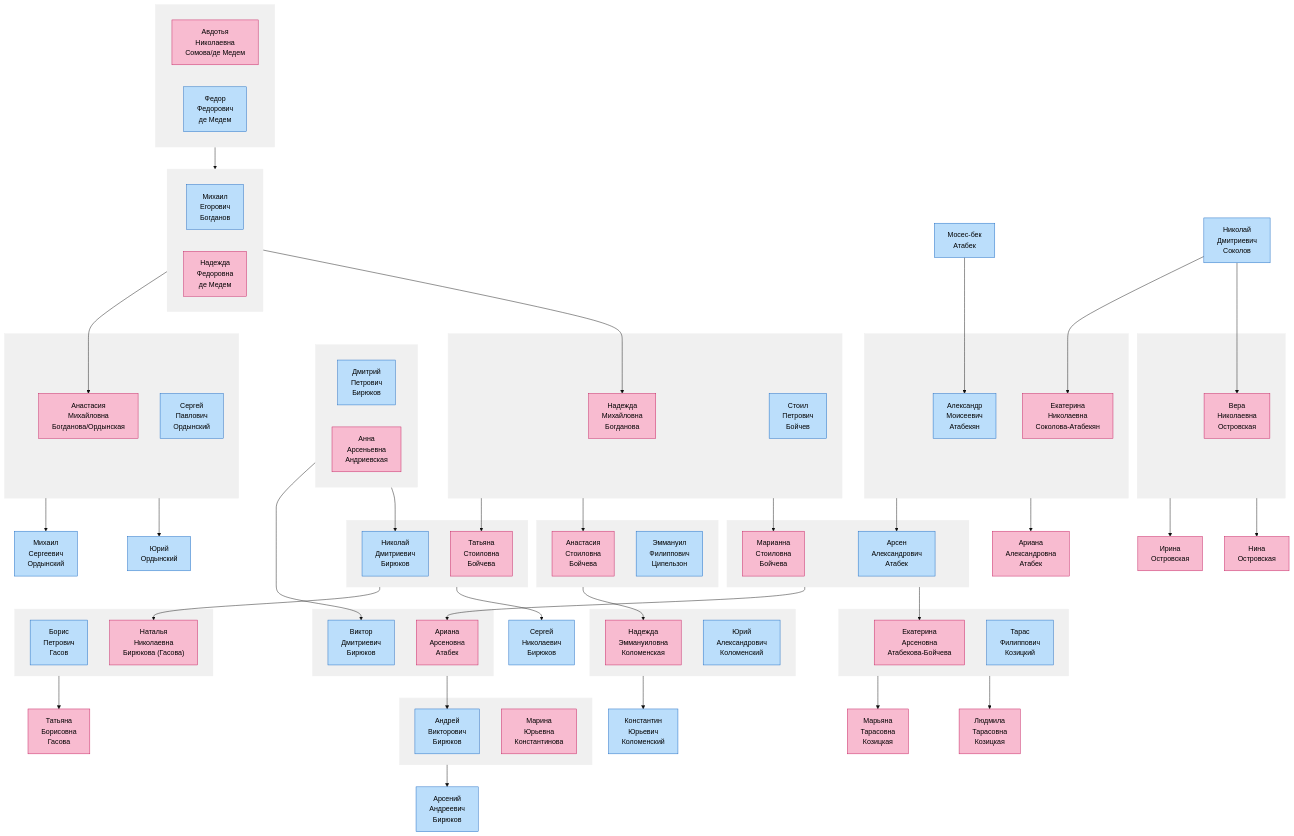
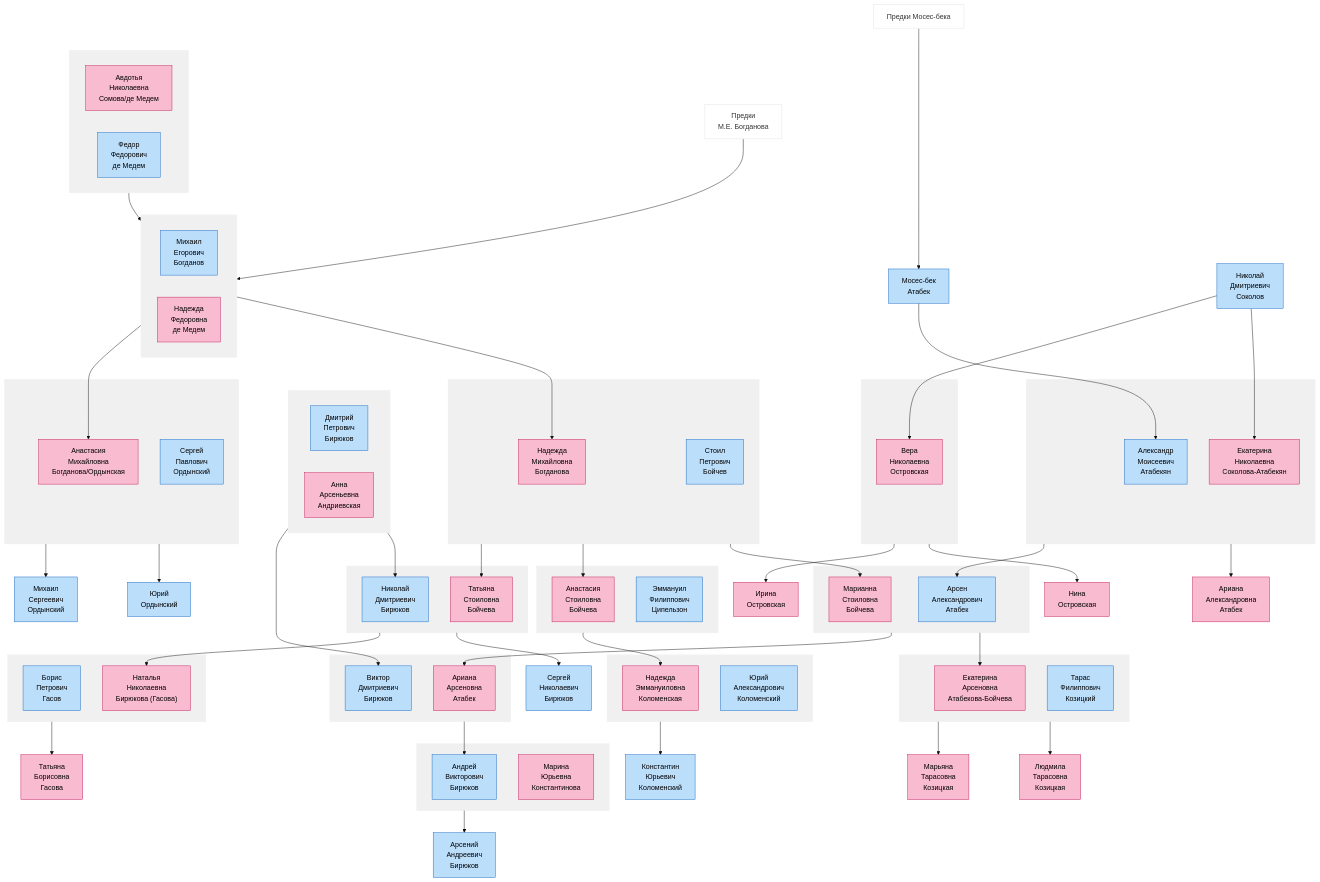
One commit to senjaster/atagen changed the diagram in docs/index.md. Above: the diagram before and after it, drawn with Mermaid (base theme). The commit also changed other lines of this file and 4 other files, not shown here.

````diff
--- a/docs/index.md
+++ b/docs/index.md
@@ -8,9 +8,11 @@
     classDef male fill:#BBDEFB,stroke:#1565C0,color:black
     classDef female fill:#F8BBD0,stroke:#C2185B,color:black
     classDef couple fill:#F0F0F0,stroke:#F0F0F0,stroke-width:1px
+    classDef link fill:#FFFFFF,stroke:#F0F0F0,stroke-width:2px
     
     %% Определение узлов для людей
     %% Семья Богдановых
+    MEB-ancestors["Предки<br>М.Е. Богданова"]:::link
     MEB["Михаил<br>Егорович<br>Богданов"]:::male
     NFBdM["Надежда<br>Федоровна<br>де Медем"]:::female
     AMO["Анастасия<br>Михайловна<br>Богданова/Ордынская"]:::female
@@ -20,6 +22,7 @@
     YuO["Юрий<br>Ордынский"]:::male
     
     %% Семья Атабек/Атабекян
+    MbA-ancestors["Предки Мосес-бека"]:::link
     MbA["Мосес-бек<br>Атабек"]:::male
     AMA["Александр<br>Моисеевич<br>Атабекян"]:::male
     ENS["Екатерина<br>Николаевна<br>Соколова-Атабекян"]:::female
@@ -28,17 +31,6 @@
     MSB["Марианна<br>Стоиловна<br>Бойчева"]:::female
     EAAB["Екатерина<br>Арсеновна<br>Атабекова-Бойчева"]:::female
     AAA["Ариана<br>Арсеновна<br>Атабек"]:::female
-
-    
-    click MbA "/atabek/MbA/"
-    click AMA "/atabek/AMA/"
-    click ENS "/atabek/ENS/"
-    click ArAA "/atabek/ArAA"
-    click Ariana_sen "/atabek/Ariana_sen"
-    click MSB "/boychev/MSB"
-    click EAAB "/atabek/EAAB"
-    
-
 
     %% Семья Бирюковых (родители)
     DPB["Дмитрий<br>Петрович<br>Бирюков"]:::male
@@ -50,8 +42,6 @@
     AVB["Андрей<br>Викторович<br>Бирюков"]:::male
     MYK["Марина<br>Юрьевна<br>Константинова"]:::female
     AAB["Арсений<br>Андреевич<br>Бирюков"]:::male
-
-    click VDB "/biryukov/VDB"
 
     %% Семья Гасовых
     BPG["Борис<br>Петрович<br>Гасов"]:::male
@@ -85,6 +75,11 @@
     
     %% Использование subgraph для обозначения брачных пар
     
+
+    %% Семья Атабекянов
+    MbA-ancestors ---> MbA
+    MbA --> AMA
+
     %% Семья де Медем
     subgraph couple_ANdMS_FFdM [" "]
         ANdMS
@@ -102,6 +97,8 @@
     couple_MEB_NFBdM:::couple
     couple_MEB_NFBdM --> AMO
     couple_MEB_NFBdM --> NMB
+
+    MEB-ancestors --> MEB
     
     %% Семья Ордынских
     subgraph couple_SPO_AMO [" "]
@@ -111,9 +108,7 @@
     couple_SPO_AMO:::couple
     couple_SPO_AMO --> MSO
     couple_SPO_AMO --> YuO
-    
-    %% Семья Атабекянов
-    MbA --> AMA
+
     
     subgraph couple_AMA_ENS [" "]
         AMA
@@ -184,8 +179,8 @@
     couple_TFK_EAAB --> LTK
     
     %% Семья Соколовых
+    NDS --> VNO
     NDS --> ENS
-    NDS --> VNO
     
     %% Семья Островских
     subgraph couple_VNO_Unknown [" "]
@@ -221,4 +216,44 @@
     end
     couple_YAK_NEK:::couple
     couple_YAK_NEK --> KJuK
+
+    click MbA-ancestors "/people/MbA-ancestors"
+    click MbA "/people/MbA"
+    click AMA "/people/AMA"
+    click ENS "/people/ENS"
+    click ArAA "/apeople/ArAA"
+    click Ariana_sen "/people/Ariana-sen"
+    click MSB "/people/MSB"
+    click EAAB "/people/EAAB"
+    click AAA "/people/AAA"
+    click MEB-ancestors "/people/MEB-ancestors"
+    click MEB "/people/MEB"
+    click NFBdM "/people/NFBdM"
+    click AMO "/people/AMO"
+    click NMB "/people/NMBB"
+    click SPO "/people/SPO"
+    click DPB "/people/DPB"
+    click NDB "/people/NDB"
+    click SNB "/people/SNB"
+    click AVB "/people/AVB"
+    click MYK "/people/MYK"
+    click AAB "/people/AAB"
+    click BPG "/people/BPG"
+    click NNG "/people/NNG"
+    click TFK "/people/TFK"
+    click MTK "/people/MTK"
+    click LTK "/people/LTK"
+    click NDS "/people/NDS"
+    click VNO "/people/VNO"
+    click SPB "/people/SPB"
+    click ASB "/people/ASB"
+    click TSB "/people/TSB"
+    click EFC "/people/EFC"
+    click NEK "/people/NEK"
+    click YAK "/people/YAK"
+    click KJuK "/people/KJuK"
+    click ANdMS "/people/ANdMS"
+    click FFdM "/people/SdM"
+    click VDB "/biryukov/VDB"
+
 ```
````
